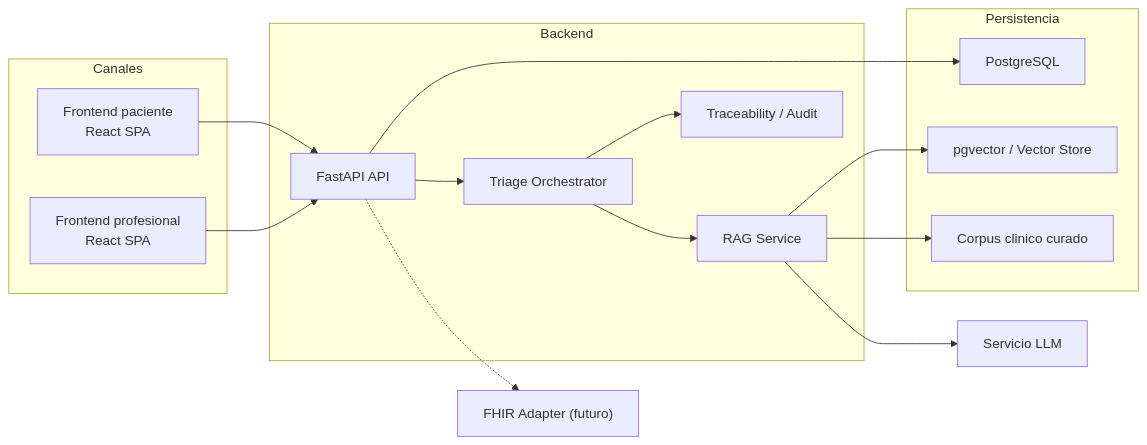
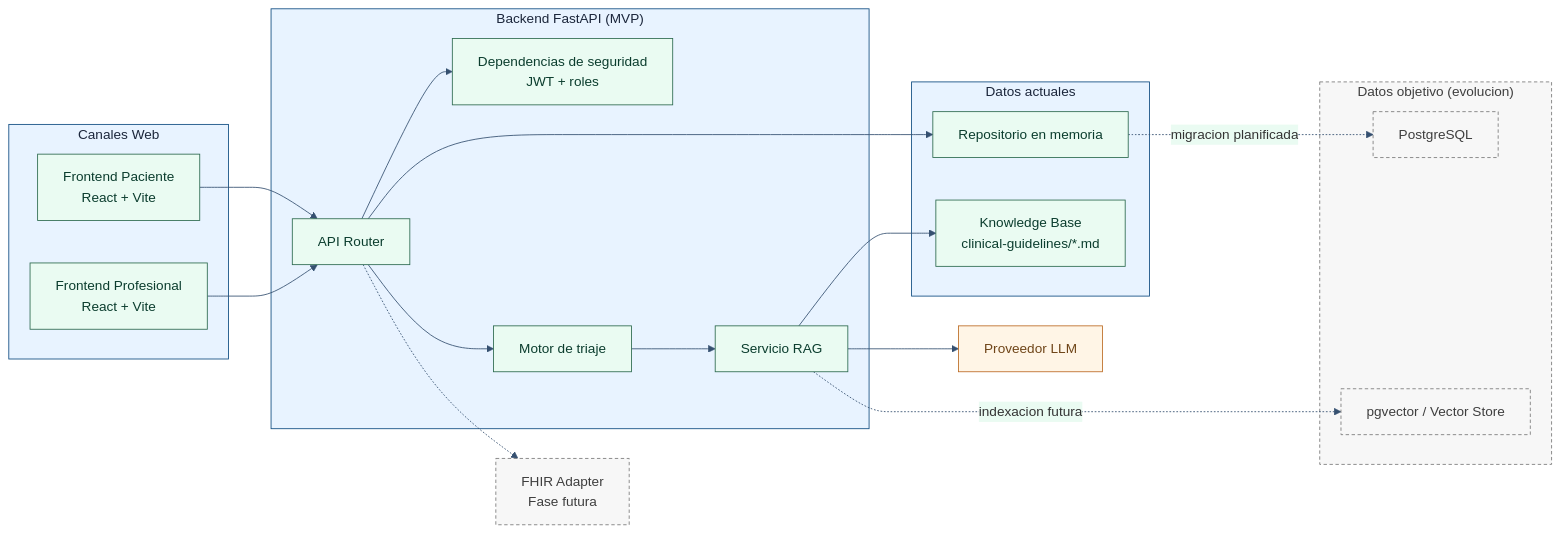
The diagram in docs/architecture/02-c4-container.mmd (JesusJC15/proyecto-arep), drawn with Mermaid before and after one commit. The commit also changed 18 other files, not shown here.

```diff
--- a/docs/architecture/02-c4-container.mmd
+++ b/docs/architecture/02-c4-container.mmd
@@ -1,32 +1,48 @@
+%%{init: {"theme": "base", "themeVariables": {"fontFamily": "Inter, Segoe UI, sans-serif", "primaryColor": "#E8F3FF", "primaryBorderColor": "#0F4C81", "lineColor": "#355070", "secondaryColor": "#EAFBF2", "tertiaryColor": "#FFF5E6"}}}%%
 flowchart LR
-    subgraph channels["Canales"]
-        patient_web["Frontend paciente\nReact SPA"]
-        professional_web["Frontend profesional\nReact SPA"]
+    subgraph channels["Canales Web"]
+        patient_web["Frontend Paciente\nReact + Vite"]
+        professional_web["Frontend Profesional\nReact + Vite"]
     end
 
-    subgraph backend["Backend"]
-        api["FastAPI API"]
-        triage["Triage Orchestrator"]
-        rag["RAG Service"]
-        audit["Traceability / Audit"]
+    subgraph backend["Backend FastAPI (MVP)"]
+        api["API Router"]
+        authz["Dependencias de seguridad\nJWT + roles"]
+        triage["Motor de triaje"]
+        rag["Servicio RAG"]
     end
 
-    subgraph data["Persistencia"]
+    subgraph data_now["Datos actuales"]
+        inmem["Repositorio en memoria"]
+        corpus["Knowledge Base\nclinical-guidelines/*.md"]
+    end
+
+    subgraph data_future["Datos objetivo (evolucion)"]
         postgres["PostgreSQL"]
         vector["pgvector / Vector Store"]
-        corpus["Corpus clinico curado"]
     end
 
-    model["Servicio LLM"]
-    fhir["FHIR Adapter (futuro)"]
+    llm["Proveedor LLM"]
+    fhir["FHIR Adapter\nFase futura"]
 
     patient_web --> api
     professional_web --> api
+    api --> authz
     api --> triage
+    api --> inmem
     triage --> rag
-    triage --> audit
-    api --> postgres
-    rag --> vector
     rag --> corpus
-    rag --> model
+    rag --> llm
+    inmem -.->|"migracion planificada"| postgres
+    rag -.->|"indexacion futura"| vector
     api -.-> fhir
+
+    classDef current fill:#EAFBF2,stroke:#2D6A4F,stroke-width:1px,color:#0B3D2E;
+    classDef edge fill:#E8F3FF,stroke:#0F4C81,stroke-width:1px,color:#1B263B;
+    classDef future fill:#F7F7F7,stroke:#7A7A7A,stroke-dasharray: 4 3,color:#3E3E3E;
+    classDef external fill:#FFF5E6,stroke:#BC6C25,stroke-width:1px,color:#6F4518;
+
+    class patient_web,professional_web,api,authz,triage,rag,inmem,corpus current;
+    class channels,backend,data_now edge;
+    class postgres,vector,fhir,data_future future;
+    class llm external;
```
